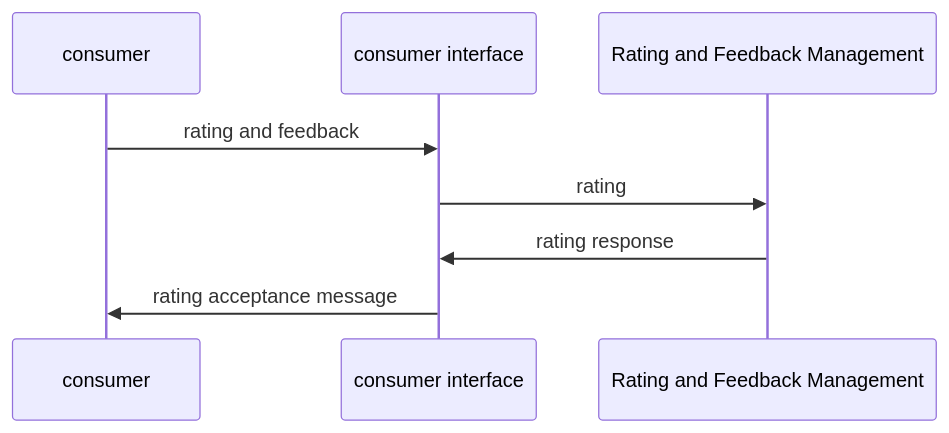
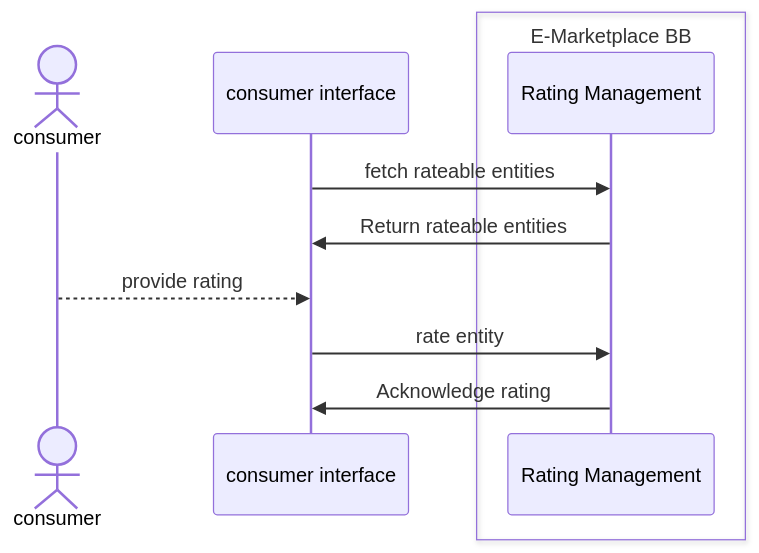
Before and after one commit to GovStackWorkingGroup/bb-emarketplace: diagram 13 of 15 in spec/9-workflows.md, drawn with Mermaid. The commit also changed other lines of this file, not shown here.

Commit message:
GITBOOK-63: Updating Seq Diagrams - Rating and Feedback

````diff
--- a/spec/9-workflows.md
+++ b/spec/9-workflows.md
@@ -345,7 +345,14 @@
 ```mermaid
 sequenceDiagram
-consumer->>consumer interface: rating and feedback
-    consumer interface->>Rating and Feedback Management:rating
-Rating and Feedback Management->>consumer interface:rating response
-     consumer interface->>consumer: rating acceptance message
+    Actor consumer
+    participant consumer interface
+    box E-Marketplace BB
+    participant Rating Management
+    end
+    consumer interface->>Rating Management: fetch rateable entities
+    Rating Management->>consumer interface: Return rateable entities
+    consumer-->>consumer interface: provide rating
+    consumer interface->>Rating Management: rate entity
+    Rating Management->>consumer interface: Acknowledge rating
+ 
 ```
````
